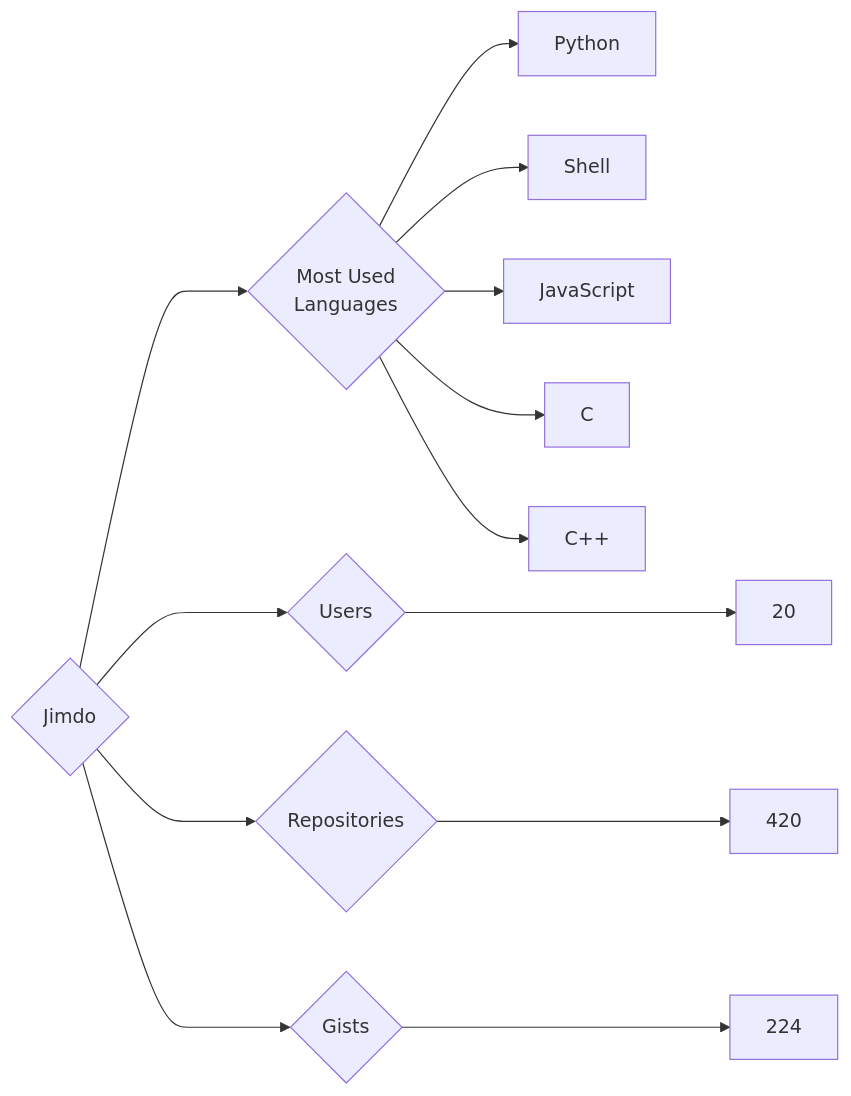
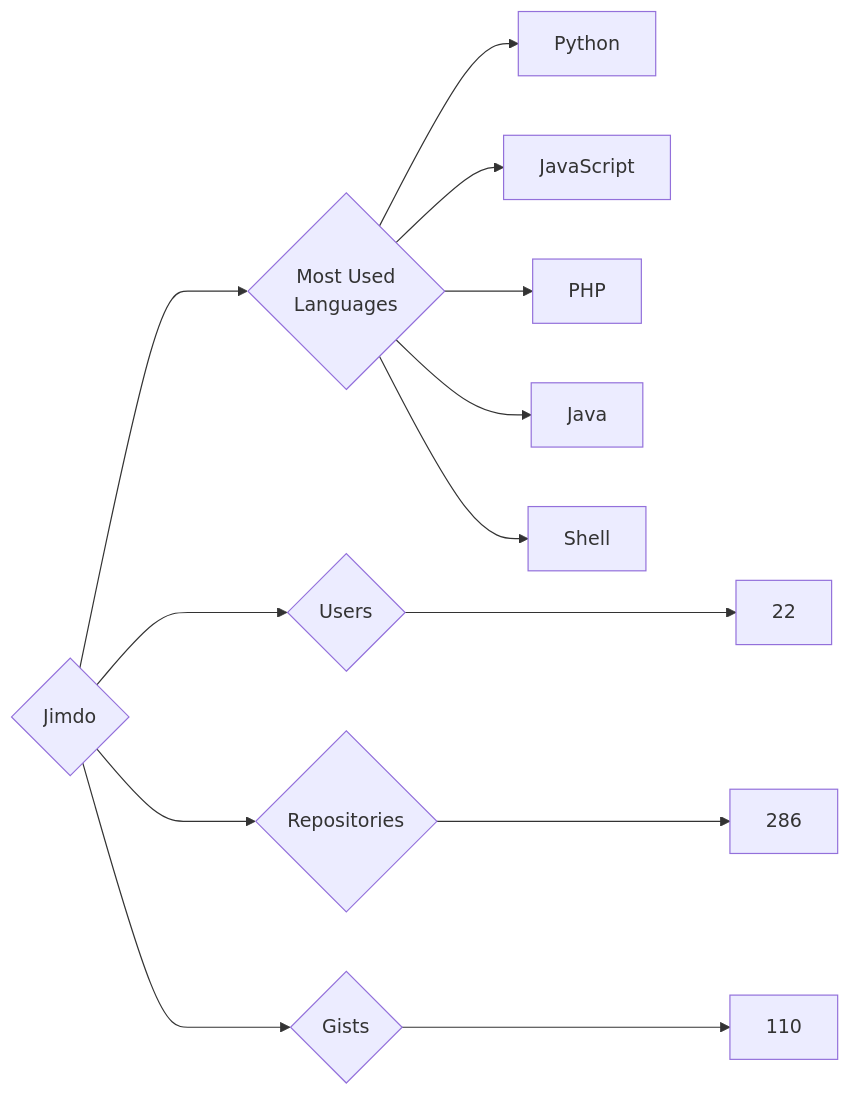
The diagram in targets/Jimdo/README.md (trickest/insiders), drawn with Mermaid before and after one commit. The commit also changed 721 other files, not shown here.

````diff
--- a/targets/Jimdo/README.md
+++ b/targets/Jimdo/README.md
@@ -3,13 +3,13 @@
 ```mermaid
 graph LR
 COMPANY_NAME{Jimdo}
-COMPANY_NAME ---> U{Users} ---> UN[20]
-COMPANY_NAME ---> R{Repositories} ---> RN[420]
-COMPANY_NAME ---> G{Gists} ---> GN[224]
+COMPANY_NAME ---> U{Users} ---> UN[22]
+COMPANY_NAME ---> R{Repositories} ---> RN[286]
+COMPANY_NAME ---> G{Gists} ---> GN[110]
 COMPANY_NAME ---> ML{Most Used<br>Languages}
 ML --> Python[Python]
+ML --> JavaScript[JavaScript]
+ML --> PHP[PHP]
+ML --> Java[Java]
 ML --> Shell[Shell]
-ML --> JavaScript[JavaScript]
-ML --> C[C]
-ML --> C++[C++]
 ```
````
